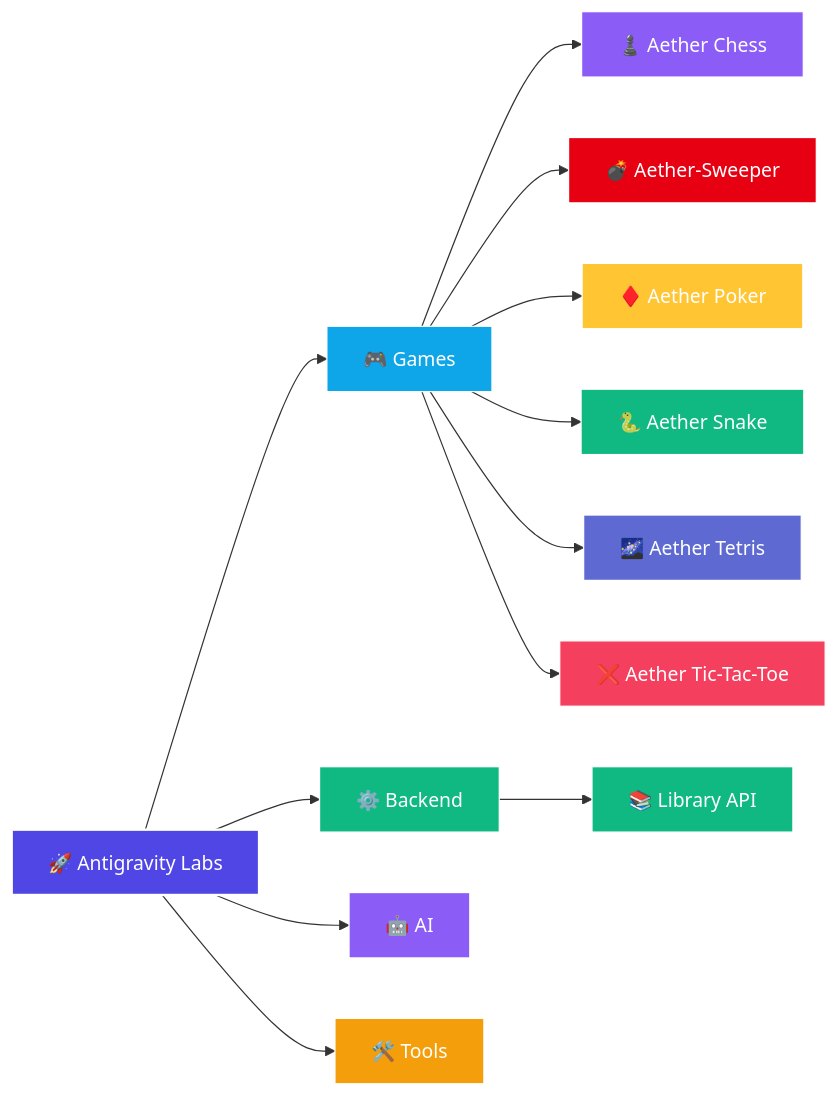
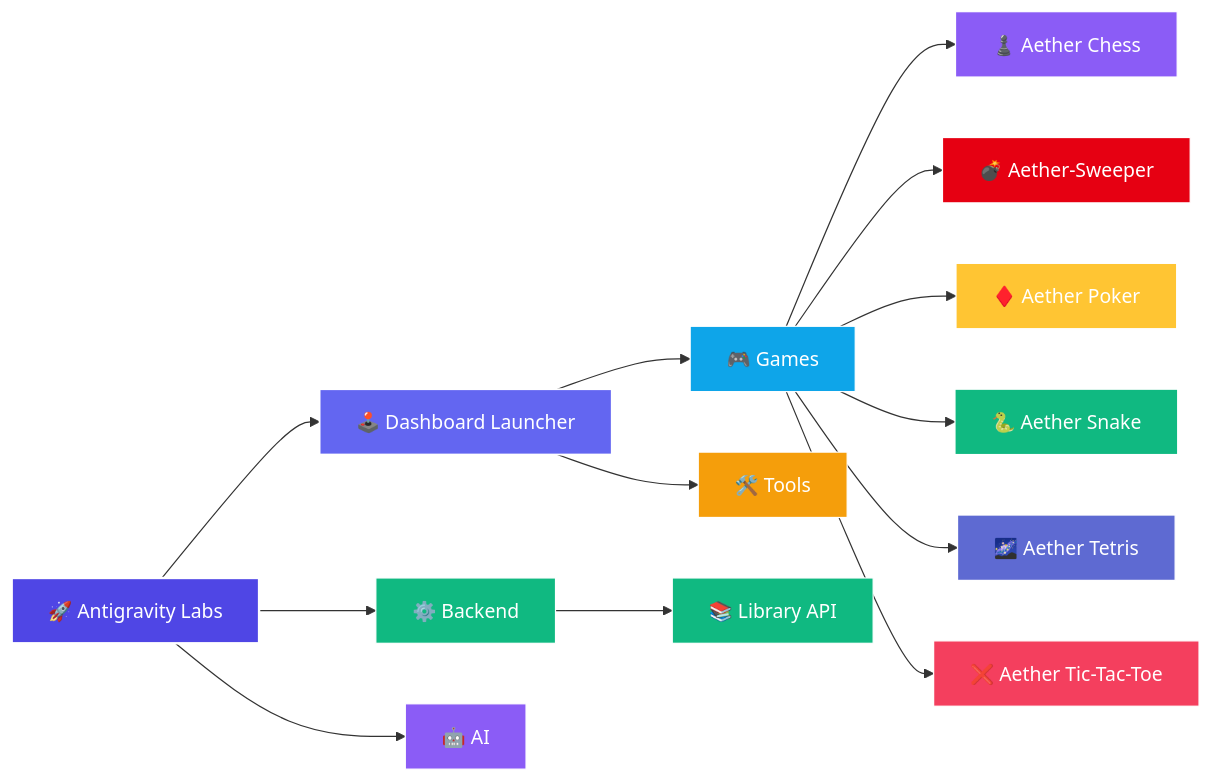
The diagram in README.md (Leturnos/antigravity-labs), drawn with Mermaid before and after one commit. The commit also changed other lines of this file and 11 other files, not shown here.

Commit message:
feat(hub): split launcher into games and tools with standard navigation

````diff
--- a/README.md
+++ b/README.md
@@ -29,31 +32,35 @@
 ```mermaid
 flowchart LR
     Root["🚀 Antigravity Labs"]
+    Launcher["🕹️ Dashboard Launcher"]
 
-    Root --> Games["🎮 Games"]
+    Root --> Launcher
     Root --> Backend["⚙️ Backend"]
     Root --> AI["🤖 AI"]
-    Root --> Tools["🛠️ Tools"]
+
+    Launcher --> Games["🎮 Games"]
+    Launcher --> Tools["🛠️ Tools"]
 
     Games --> Chess["♟️ Aether Chess"]
     Games --> Sweeper["💣 Aether-Sweeper"]
     Games --> Poker["♦️ Aether Poker"]
     Games --> Snake["🐍 Aether Snake"]
     Games --> Tetris["🌌 Aether Tetris"]
     Games --> TicTacToe["❌ Aether Tic-Tac-Toe"]
 
     Backend --> LibraryAPI["📚 Library API"]
 
     style Root fill:#4f46e5,stroke:#fff,stroke-width:2px,color:#fff
+    style Launcher fill:#6366f1,stroke:#fff,stroke-width:1.5px,color:#fff
     style Games fill:#0ea5e9,stroke:#fff,stroke-width:1px,color:#fff
     style Backend fill:#10b981,stroke:#fff,stroke-width:1px,color:#fff
     style AI fill:#8b5cf6,stroke:#fff,stroke-width:1px,color:#fff
     style Tools fill:#f59e0b,stroke:#fff,stroke-width:1px,color:#fff
     style Chess fill:#8b5cf6,stroke:#fff,stroke-width:1px,color:#fff
     style Sweeper fill:#e60012,stroke:#fff,stroke-width:1px,color:#fff
     style Poker fill:#ffc533,stroke:#fff,stroke-width:1px,color:#fff
     style Snake fill:#10b981,stroke:#fff,stroke-width:1px,color:#fff
     style Tetris fill:#5e6ad2,stroke:#fff,stroke-width:1px,color:#fff
     style TicTacToe fill:#f43f5e,stroke:#fff,stroke-width:1px,color:#fff
     style LibraryAPI fill:#10b981,stroke:#fff,stroke-width:1px,color:#fff
 ```
````
